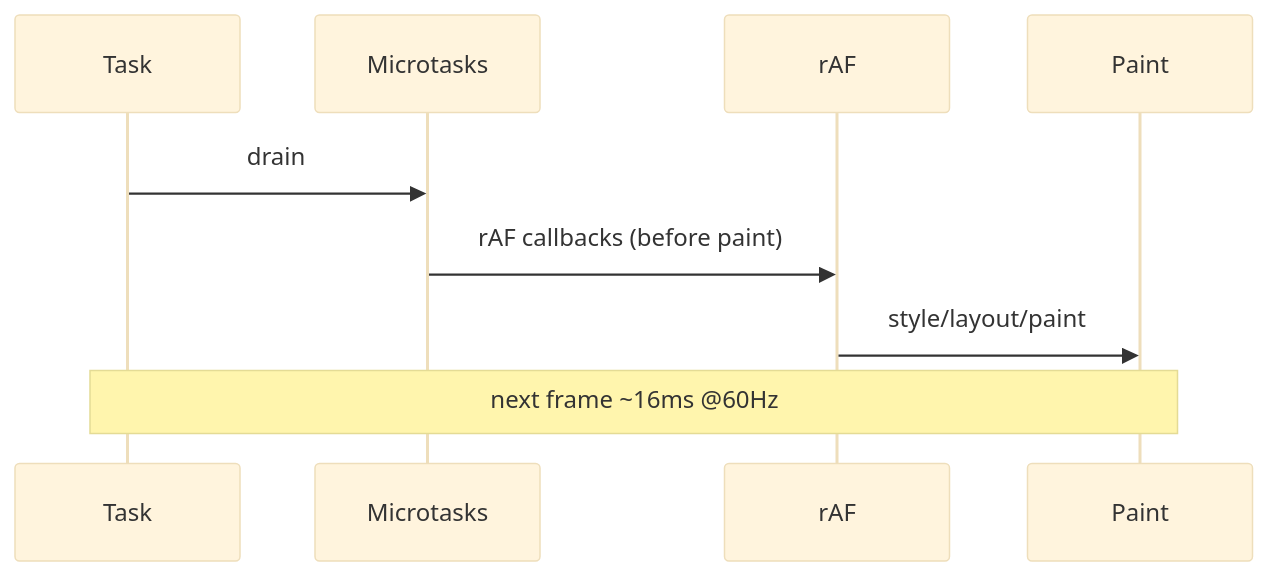
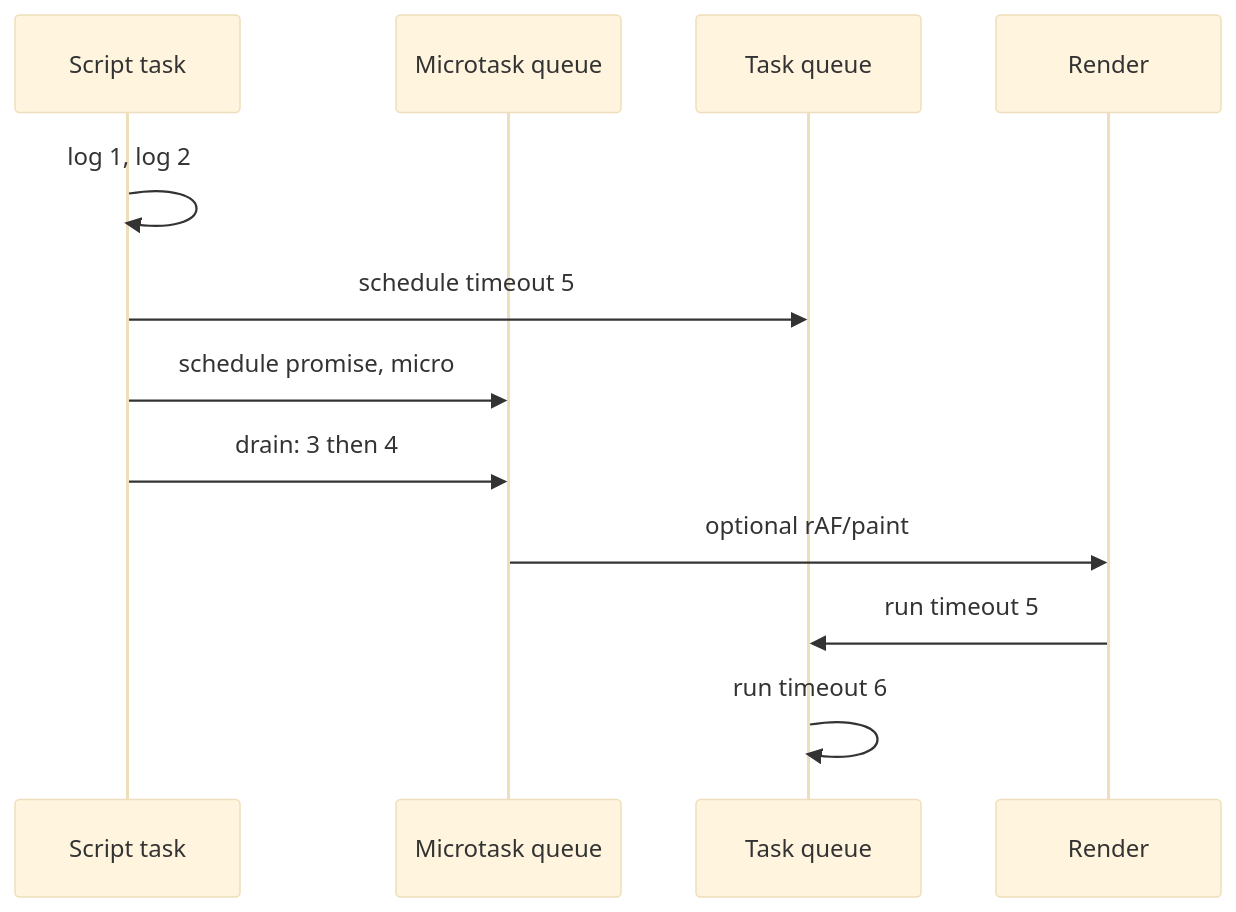
One commit to prajjwaljogdand/FullstackPreparation changed the third of 4 diagrams in docs/browser/03-event-loop.md. Above: the diagram before and after it, drawn with Mermaid (base theme). The commit also changed other lines of this file and 91 other files, not shown here.

````diff
--- a/docs/browser/03-event-loop.md
+++ b/docs/browser/03-event-loop.md
@@ -59,11 +309,14 @@
 ```mermaid
 sequenceDiagram
-  participant T as Task
-  participant M as Microtasks
-  participant R as rAF
-  participant P as Paint
-  T->>M: drain
-  M->>R: rAF callbacks (before paint)
-  R->>P: style/layout/paint
-  Note over T,P: next frame ~16ms @60Hz
+  participant S as Script task
+  participant MQ as Microtask queue
+  participant TQ as Task queue
+  participant R as Render
+  S->>S: log 1, log 2
+  S->>TQ: schedule timeout 5
+  S->>MQ: schedule promise, micro
+  S->>MQ: drain: 3 then 4
+  MQ->>R: optional rAF/paint
+  R->>TQ: run timeout 5
+  TQ->>TQ: run timeout 6
 ```
````
